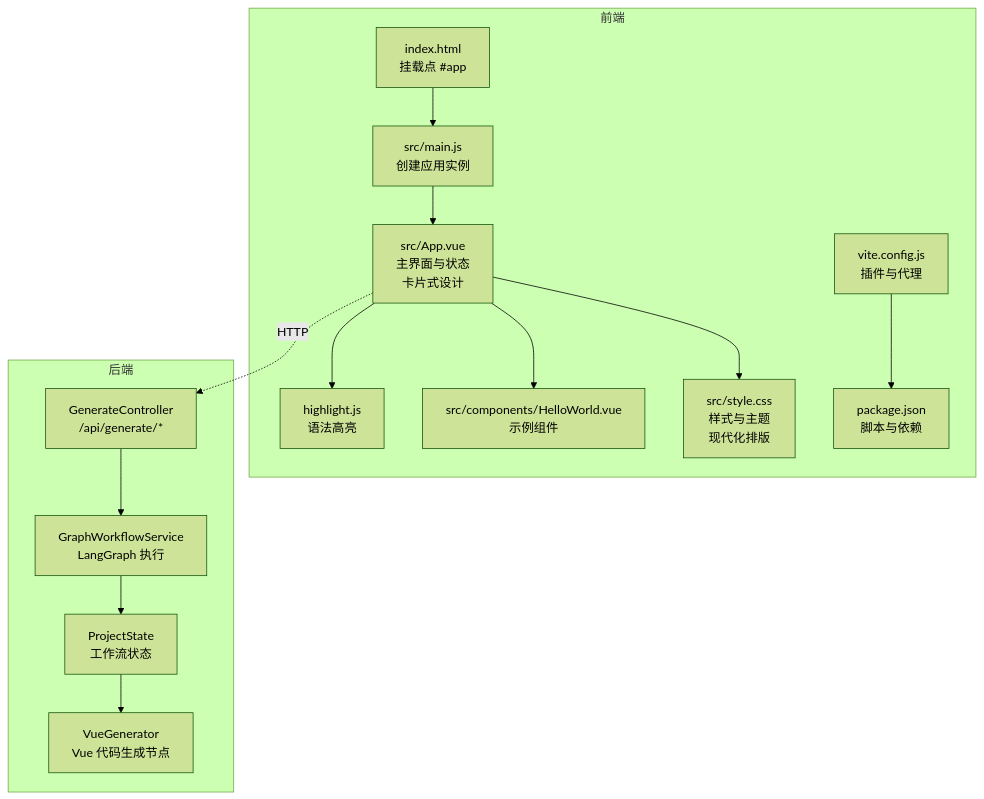
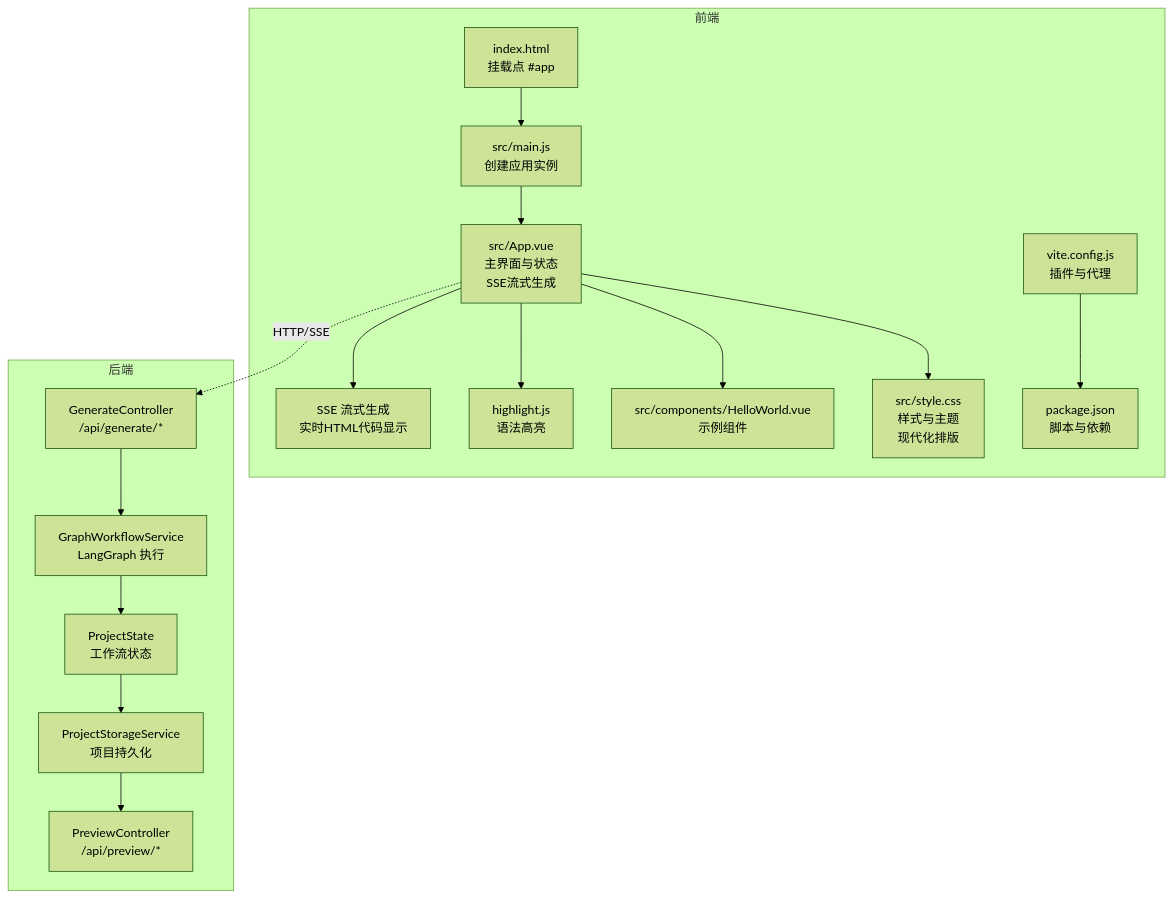
Before and after one commit to CyanYuKi/WebSiteFrontendCodeMother: the first of 4 diagrams in .qoder/repowiki/zh/content/前端Vue.js应用.md, drawn with Mermaid (forest theme). The commit also changed other lines of this file and 12 other files, not shown here.

````diff
--- a/.qoder/repowiki/zh/content/前端Vue.js应用.md
+++ b/.qoder/repowiki/zh/content/前端Vue.js应用.md
@@ -55,26 +57,29 @@
 ```mermaid
 graph TB
 subgraph "前端"
 A["index.html<br/>挂载点 #app"]
 B["src/main.js<br/>创建应用实例"]
-C["src/App.vue<br/>主界面与状态<br/>卡片式设计"]
+C["src/App.vue<br/>主界面与状态<br/>SSE流式生成"]
 D["src/style.css<br/>样式与主题<br/>现代化排版"]
 E["src/components/HelloWorld.vue<br/>示例组件"]
 F["vite.config.js<br/>插件与代理"]
 G["package.json<br/>脚本与依赖"]
 H["highlight.js<br/>语法高亮"]
+I["SSE 流式生成<br/>实时HTML代码显示"]
 end
 subgraph "后端"
-I["GenerateController<br/>/api/generate/*"]
-J["GraphWorkflowService<br/>LangGraph 执行"]
-K["ProjectState<br/>工作流状态"]
-L["VueGenerator<br/>Vue 代码生成节点"]
+J["GenerateController<br/>/api/generate/*"]
+K["GraphWorkflowService<br/>LangGraph 执行"]
+L["ProjectState<br/>工作流状态"]
+M["ProjectStorageService<br/>项目持久化"]
+N["PreviewController<br/>/api/preview/*"]
 end
 A --> B --> C
 C --> D
 C --> E
 C --> H
+C --> I
 F --> G
-C -.HTTP.-> I
-I --> J --> K --> L
+C -.HTTP/SSE.-> J
+J --> K --> L --> M --> N
 ```
````
